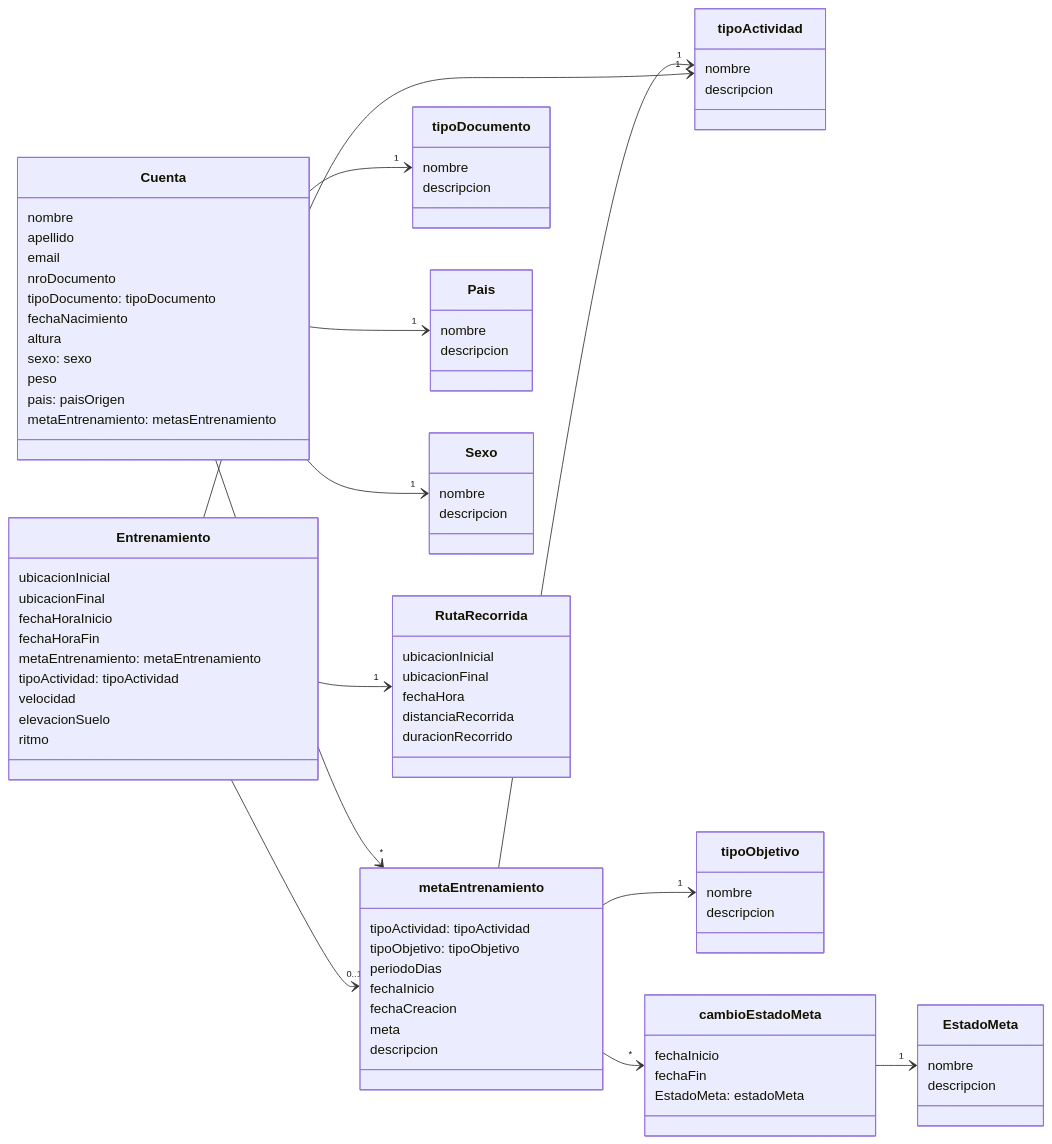
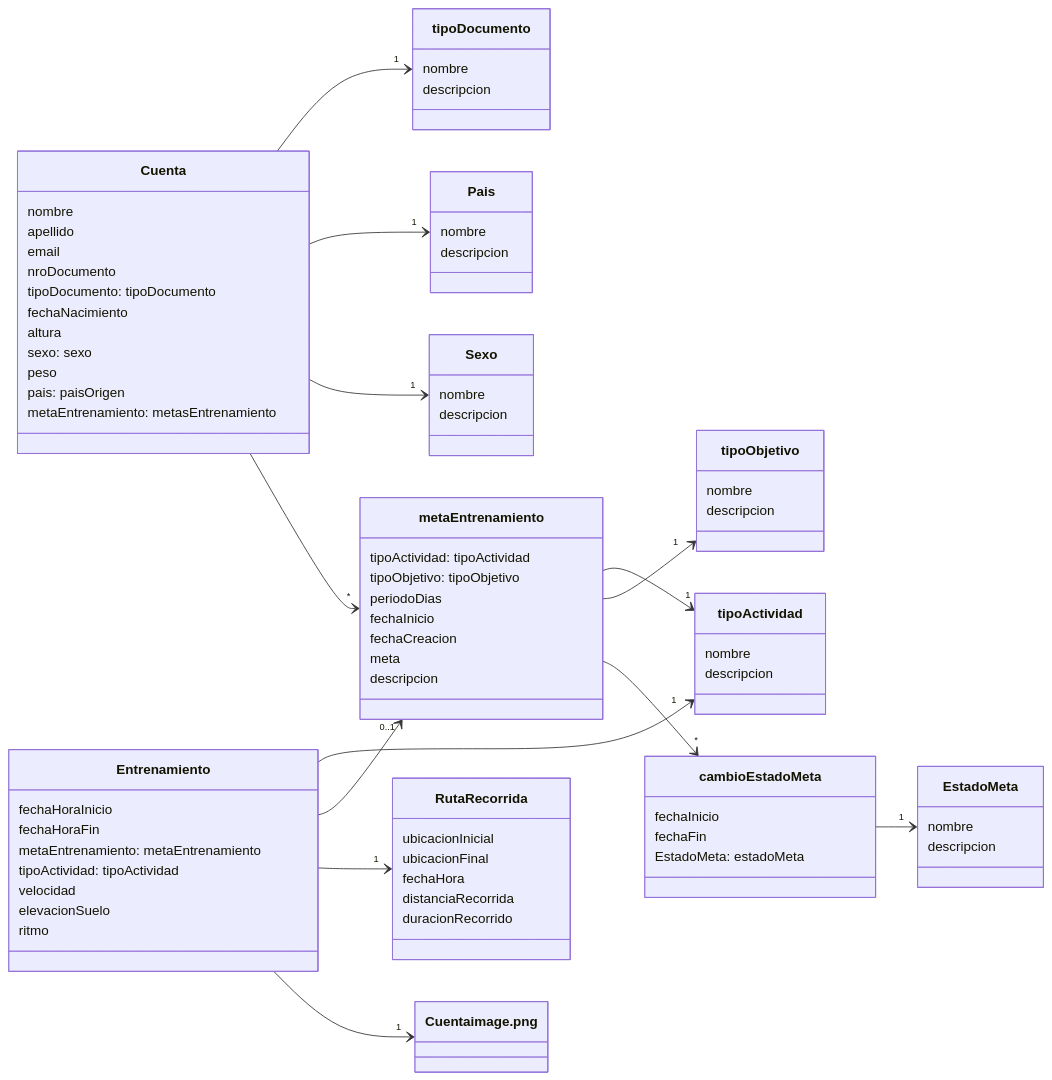
Before and after one commit to ReynaTeodoro/2023DSI: the diagram in Class/Parcial1/fitness.mmd, drawn with Mermaid.

Commit message:
Reordered fitness relations

```diff
--- a/Class/Parcial1/fitness.mmd
+++ b/Class/Parcial1/fitness.mmd
@@ -1,91 +1,91 @@
 classDiagram
-  direction LR
+direction LR
   class Cuenta{
     nombre
     apellido
     email
     nroDocumento
     tipoDocumento: tipoDocumento
     fechaNacimiento
     altura
     sexo: sexo
     peso
     pais: paisOrigen
     metaEntrenamiento: metasEntrenamiento
     }
-  Cuenta --> "*"metaEntrenamiento
+  
 
   class tipoDocumento{
     nombre
     descripcion
     }
   Cuenta --> "1" tipoDocumento
   
   class Pais{
     nombre
     descripcion
     }
   Cuenta --> "1" Pais
   
   class Sexo{
     nombre
     descripcion
     }
   Cuenta --> "1" Sexo
 
   class tipoActividad{
     nombre
     descripcion
     }
   class tipoObjetivo{
     nombre
     descripcion
     }
   
   class metaEntrenamiento{
     tipoActividad: tipoActividad
     tipoObjetivo: tipoObjetivo
     periodoDias
     fechaInicio
     fechaCreacion
     meta
     descripcion
 
     }
     metaEntrenamiento --> "1" tipoActividad
     metaEntrenamiento --> "1" tipoObjetivo
     metaEntrenamiento --> "*" cambioEstadoMeta
+    Cuenta --> "*"metaEntrenamiento
     
     class cambioEstadoMeta{
       fechaInicio
       fechaFin
       EstadoMeta: estadoMeta
       }
     cambioEstadoMeta --> "1" EstadoMeta
     
     class EstadoMeta{
       nombre
       descripcion
       }
 
     class Entrenamiento{
-      ubicacionInicial
-      ubicacionFinal
       fechaHoraInicio
       fechaHoraFin
       metaEntrenamiento: metaEntrenamiento
       tipoActividad: tipoActividad
       velocidad
       elevacionSuelo
       ritmo
       }
     Entrenamiento --> "1" tipoActividad
     Entrenamiento --> "0..1" metaEntrenamiento
     Entrenamiento --> "1" RutaRecorrida
+    Entrenamiento --> "1" Cuentaimage.png
     class RutaRecorrida{
       ubicacionInicial
       ubicacionFinal
       fechaHora
       distanciaRecorrida
       duracionRecorrido
       }
```
